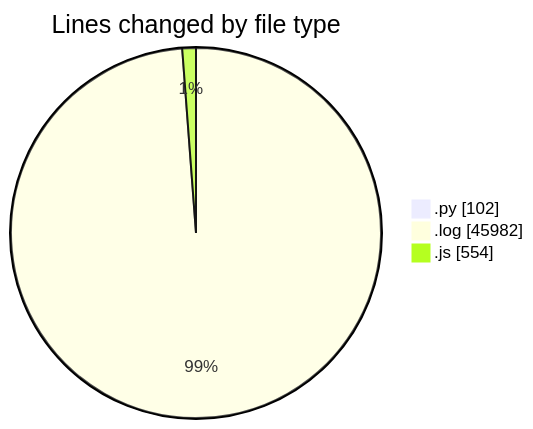
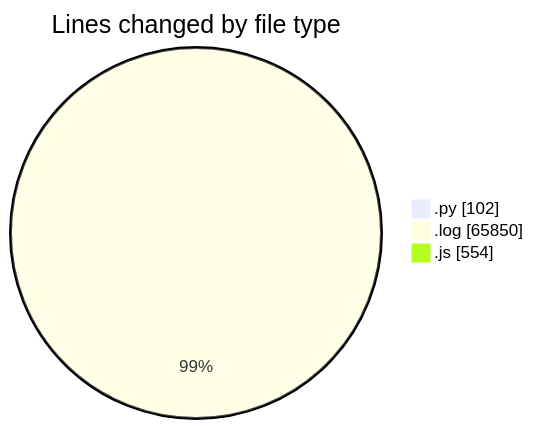
The first of 2 diagrams in 2025-04-11/nxtqube_webapp/README.md (nxtqubesakshisongat/code-tracking), drawn with Mermaid before and after one commit. The commit also changed other lines of this file and 1 other file, not shown here.

````diff
--- a/2025-04-11/nxtqube_webapp/README.md
+++ b/2025-04-11/nxtqube_webapp/README.md
@@ -23,7 +23,7 @@
 ```mermaid
 pie showData
 title Lines changed by file type
 ".py" : 102
-".log" : 45982
+".log" : 65850
 ".js" : 554
 ```
````
